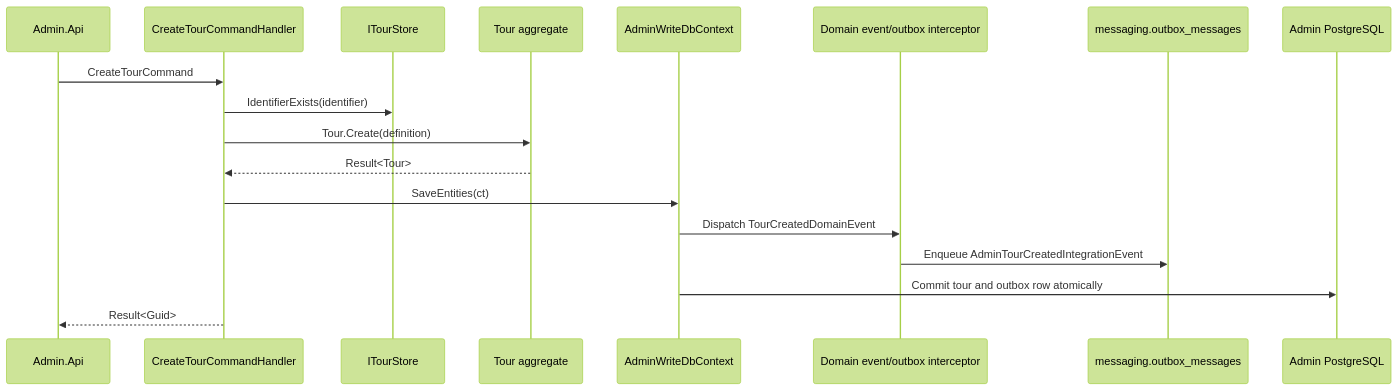
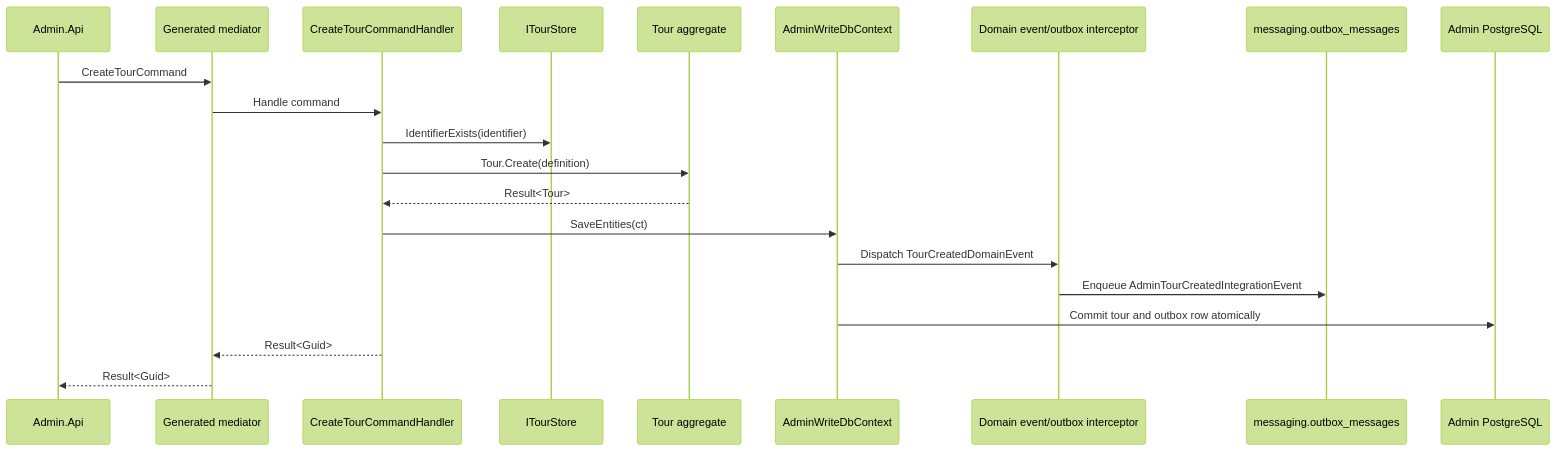
The second of 12 diagrams in docs/architecture/FLOWS.md (danigutsch/ViajantesTurismo), drawn with Mermaid (forest theme) before and after one commit. The commit also changed other lines of this file and 49 other files, not shown here.

````diff
--- a/docs/architecture/FLOWS.md
+++ b/docs/architecture/FLOWS.md
@@ -57,21 +59,24 @@
 ```mermaid
 sequenceDiagram
     participant API as Admin.Api
+    participant Sender as Generated mediator
     participant Handler as CreateTourCommandHandler
     participant Store as ITourStore
     participant Tour as Tour aggregate
     participant Context as AdminWriteDbContext
     participant Interceptor as Domain event/outbox interceptor
     participant Outbox as messaging.outbox_messages
     participant Db as Admin PostgreSQL
 
-    API->>Handler: CreateTourCommand
+    API->>Sender: CreateTourCommand
+    Sender->>Handler: Handle command
     Handler->>Store: IdentifierExists(identifier)
     Handler->>Tour: Tour.Create(definition)
     Tour-->>Handler: Result<Tour>
     Handler->>Context: SaveEntities(ct)
     Context->>Interceptor: Dispatch TourCreatedDomainEvent
     Interceptor->>Outbox: Enqueue AdminTourCreatedIntegrationEvent
     Context->>Db: Commit tour and outbox row atomically
-    Handler-->>API: Result<Guid>
+    Handler-->>Sender: Result<Guid>
+    Sender-->>API: Result<Guid>
 ```
````
